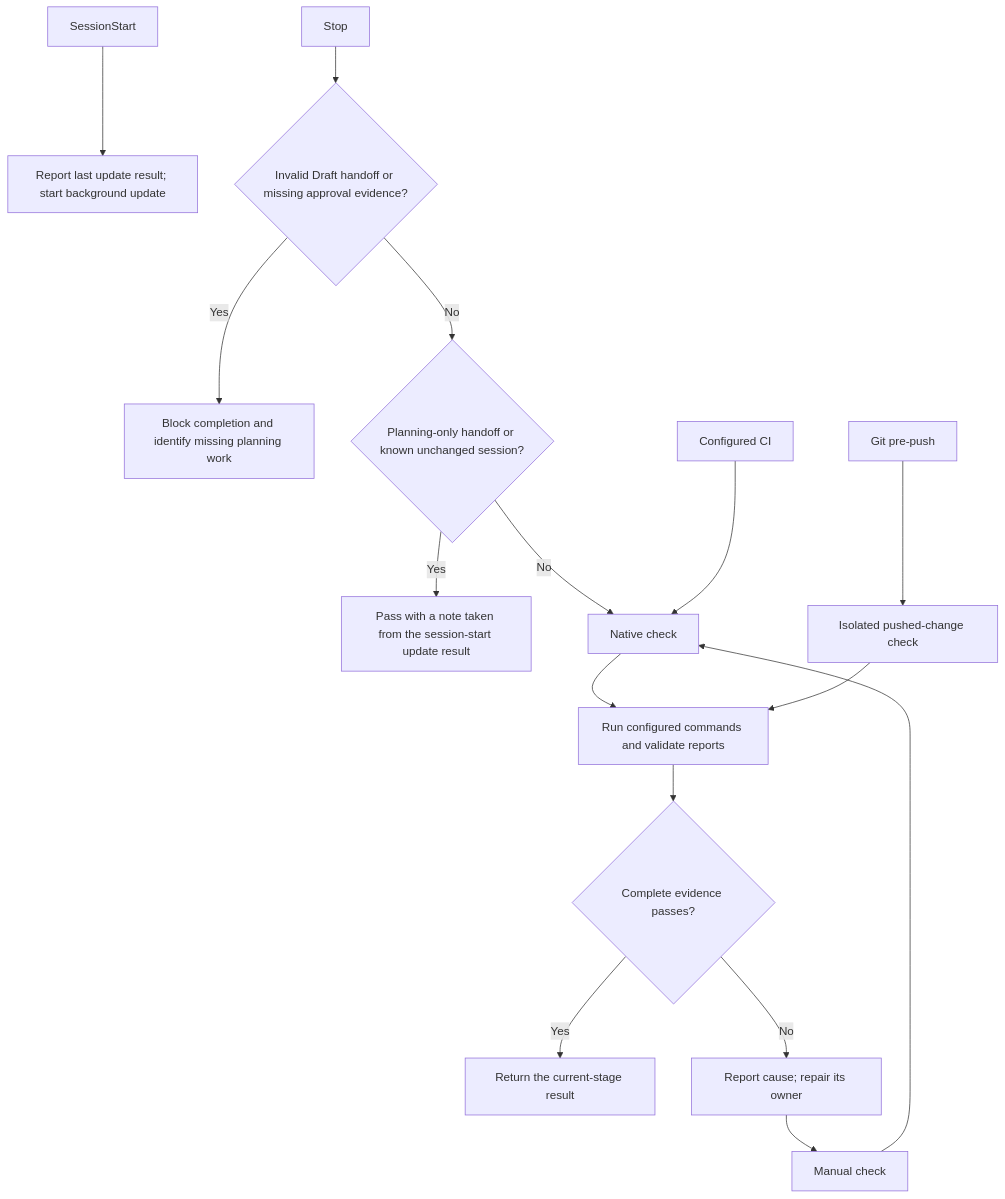
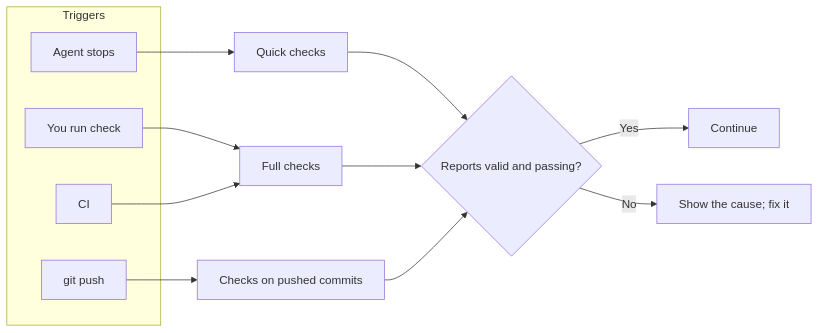
Before and after one commit to sgaabdu4/hard-eng: the seventh of 7 diagrams in README.md, drawn with Mermaid. The commit also changed other lines of this file and 35 other files, not shown here.

````diff
--- a/README.md
+++ b/README.md
@@ -229,18 +268,18 @@
 ```mermaid
-flowchart TD
-  A[SessionStart] --> B[Report last update result; start background update]
-  C[Stop] --> D{Invalid Draft handoff or missing approval evidence?}
-  D -->|Yes| F[Block completion and identify missing planning work]
-  D -->|No| P{Planning-only handoff or known unchanged session?}
-  P -->|Yes| E[Pass with a note taken from the session-start update result]
-  P -->|No| G[Native check]
-  H[Manual check] --> G
-  I[Git pre-push] --> J[Isolated pushed-change check]
-  K[Configured CI] --> G
-  G --> L[Run configured commands and validate reports]
-  J --> L
-  L --> M{Complete evidence passes?}
-  M -->|Yes| N[Return the current-stage result]
-  M -->|No| O[Report cause; repair its owner]
-  O --> H
+flowchart LR
+  subgraph Triggers
+    A[Agent stops]
+    B[You run check]
+    C[git push]
+    D[CI]
+  end
+  A --> Q[Quick checks]
+  B --> F[Full checks]
+  C --> I[Checks on pushed commits]
+  D --> F
+  Q --> R{Reports valid and passing?}
+  F --> R
+  I --> R
+  R -->|Yes| OK[Continue]
+  R -->|No| FIX[Show the cause; fix it]
 ```
````
